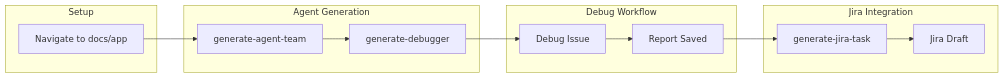
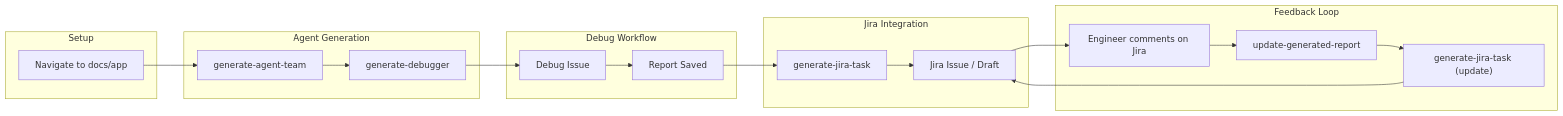
The first of 10 diagrams in docs/TESTING-GUIDE.md (Cpicon/claude-code-plugins), drawn with Mermaid before and after one commit. The commit also changed other lines of this file and 11 other files, not shown here.

First line of the commit message:
feat: integrate Jira comments into debugging workflow (#6)

````diff
--- a/docs/TESTING-GUIDE.md
+++ b/docs/TESTING-GUIDE.md
@@ -19,23 +19,30 @@
 ```mermaid
 flowchart LR
     subgraph Setup
         A[Navigate to docs/app]
     end
 
     subgraph "Agent Generation"
         B["generate-agent-team"]
         C["generate-debugger"]
     end
 
     subgraph "Debug Workflow"
         D["Debug Issue"]
         E["Report Saved"]
     end
 
     subgraph "Jira Integration"
         F["generate-jira-task"]
-        G["Jira Draft"]
+        G["Jira Issue / Draft"]
+    end
+
+    subgraph "Feedback Loop"
+        H["Engineer comments on Jira"]
+        I["update-generated-report"]
+        J["generate-jira-task (update)"]
     end
 
     A --> B --> C --> D --> E --> F --> G
+    G --> H --> I --> J --> G
 ```
````
